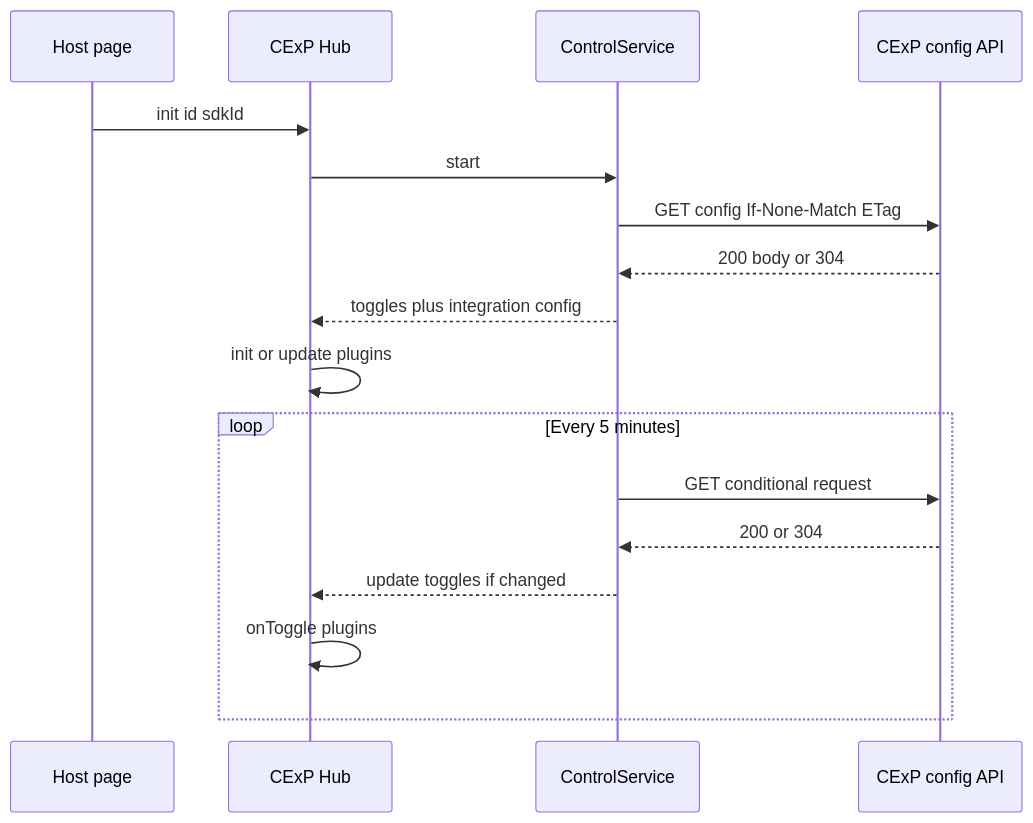
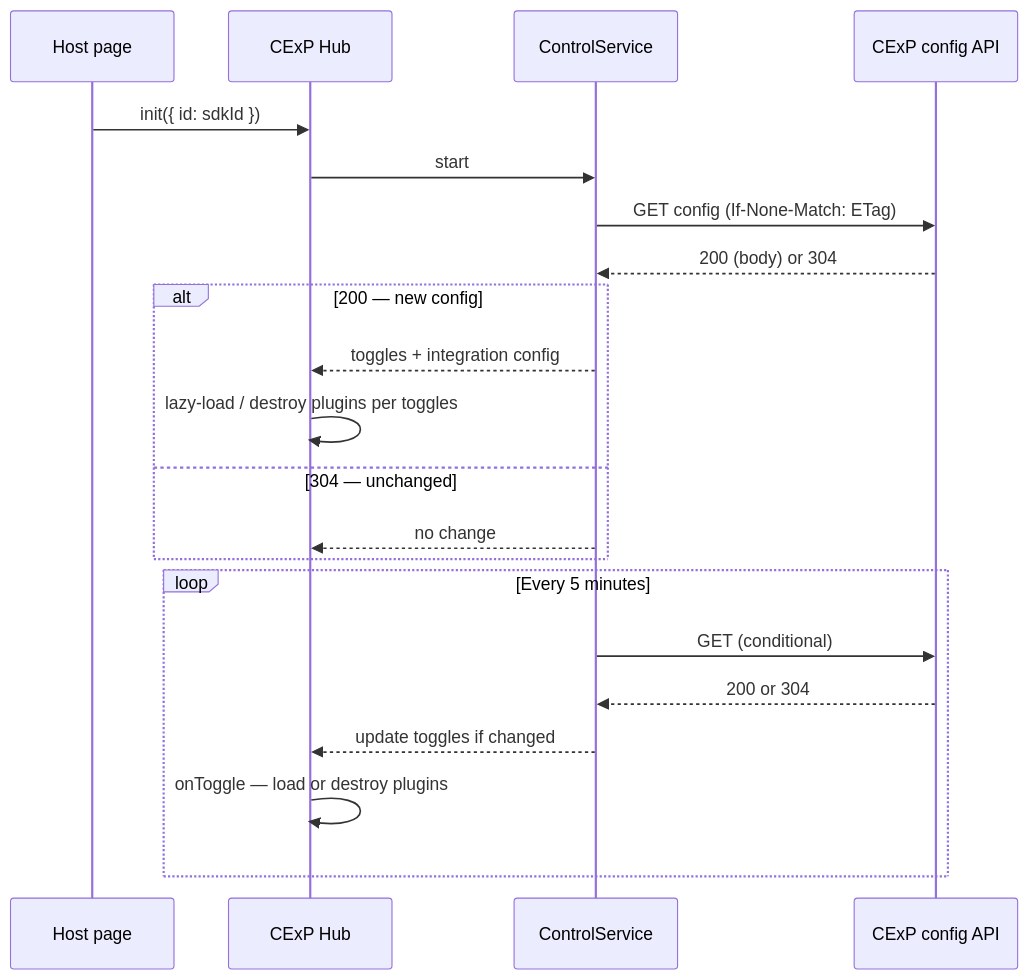
One commit to CExP-dev/cexp-hub-sdk changed the fourth of 8 diagrams in docs/superpowers/architecture/2026-03-20-cexp-hub-sdk-system-architecture.md. Above: the diagram before and after it, drawn with Mermaid. The commit also changed other lines of this file and 12 other files, not shown here.

````diff
--- a/docs/superpowers/architecture/2026-03-20-cexp-hub-sdk-system-architecture.md
+++ b/docs/superpowers/architecture/2026-03-20-cexp-hub-sdk-system-architecture.md
@@ -120,21 +139,26 @@
 ```mermaid
 sequenceDiagram
   participant App as Host page
   participant CExP as CExP Hub
   participant Ctrl as ControlService
   participant API as CExP config API
 
-  App->>CExP: init id sdkId
+  App->>CExP: init({ id: sdkId })
   CExP->>Ctrl: start
-  Ctrl->>API: GET config If-None-Match ETag
-  API-->>Ctrl: 200 body or 304
-  Ctrl-->>CExP: toggles plus integration config
-  CExP->>CExP: init or update plugins
+  Ctrl->>API: GET config (If-None-Match: ETag)
+  API-->>Ctrl: 200 (body) or 304
+
+  alt 200 — new config
+    Ctrl-->>CExP: toggles + integration config
+    CExP->>CExP: lazy-load / destroy plugins per toggles
+  else 304 — unchanged
+    Ctrl-->>CExP: no change
+  end
 
   loop Every 5 minutes
-    Ctrl->>API: GET conditional request
+    Ctrl->>API: GET (conditional)
     API-->>Ctrl: 200 or 304
     Ctrl-->>CExP: update toggles if changed
-    CExP->>CExP: onToggle plugins
+    CExP->>CExP: onToggle — load or destroy plugins
   end
 ```
````
